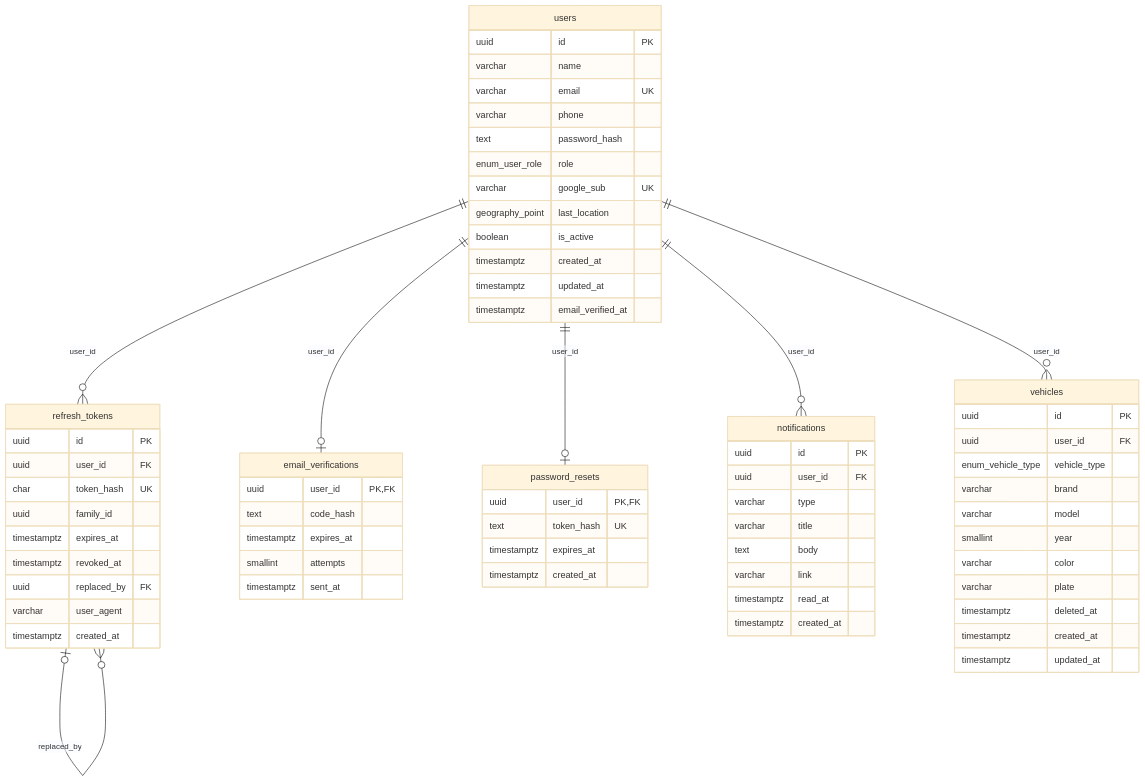
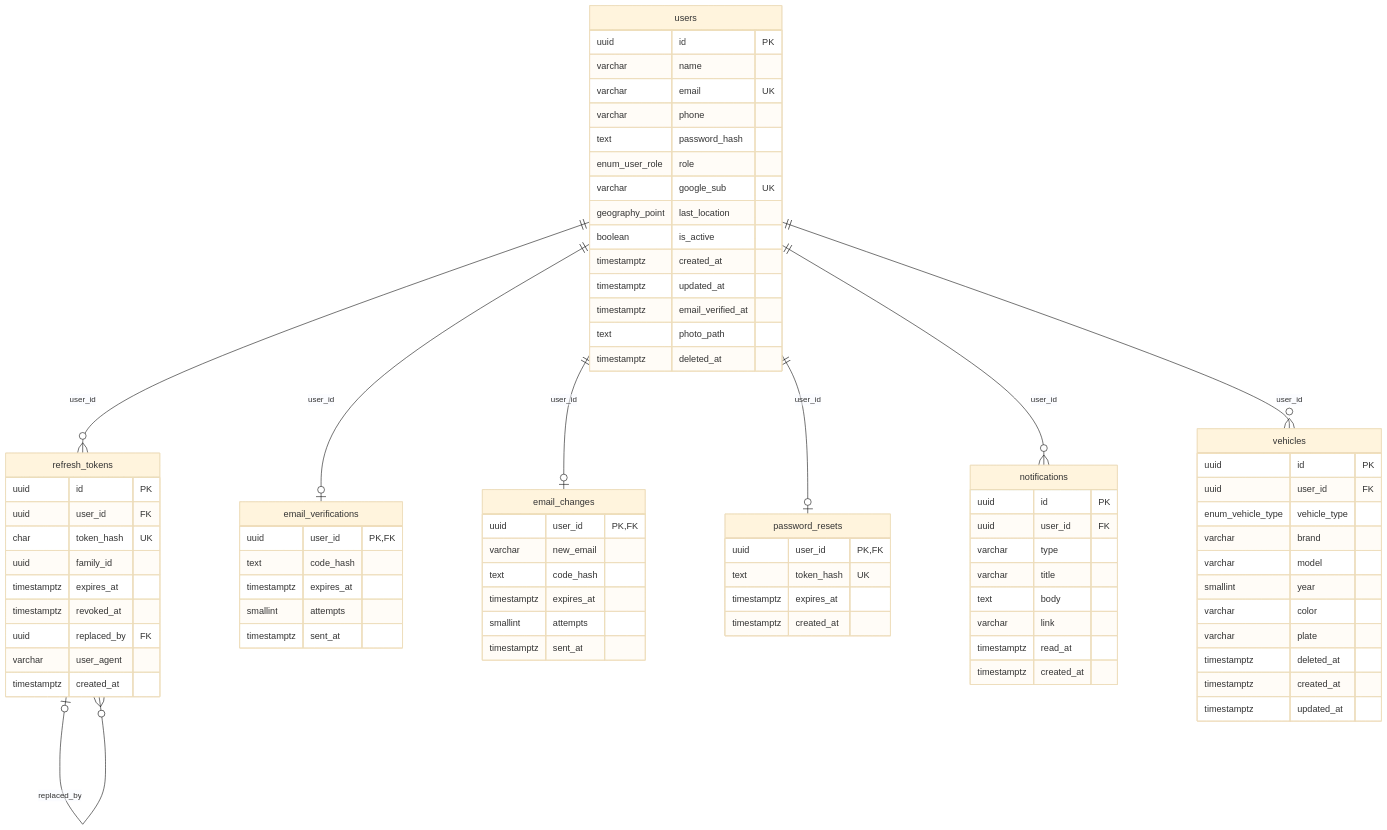
One commit to AldiRachmatdiantoo/bengkelgo changed the second of 6 diagrams in docs/erd.md. Above: the diagram before and after it, drawn with Mermaid (base theme). The commit also changed other lines of this file and 42 other files, not shown here.

Commit message:
Akun Saya: profile photo, details, change of email with a code, password, signed-in devices, account deletion

````diff
--- a/docs/erd.md
+++ b/docs/erd.md
@@ -48,70 +49,81 @@
 ```mermaid
 erDiagram
     users {
         uuid id PK
         varchar name
         varchar email UK
         varchar phone
         text password_hash
         enum_user_role role
         varchar google_sub UK
         geography_point last_location
         boolean is_active
         timestamptz created_at
         timestamptz updated_at
         timestamptz email_verified_at
+        text photo_path
+        timestamptz deleted_at
     }
     refresh_tokens {
         uuid id PK
         uuid user_id FK
         char token_hash UK
         uuid family_id
         timestamptz expires_at
         timestamptz revoked_at
         uuid replaced_by FK
         varchar user_agent
         timestamptz created_at
     }
     email_verifications {
         uuid user_id PK,FK
+        text code_hash
+        timestamptz expires_at
+        smallint attempts
+        timestamptz sent_at
+    }
+    email_changes {
+        uuid user_id PK,FK
+        varchar new_email
         text code_hash
         timestamptz expires_at
         smallint attempts
         timestamptz sent_at
     }
     password_resets {
         uuid user_id PK,FK
         text token_hash UK
         timestamptz expires_at
         timestamptz created_at
     }
     notifications {
         uuid id PK
         uuid user_id FK
         varchar type
         varchar title
         text body
         varchar link
         timestamptz read_at
         timestamptz created_at
     }
     vehicles {
         uuid id PK
         uuid user_id FK
         enum_vehicle_type vehicle_type
         varchar brand
         varchar model
         smallint year
         varchar color
         varchar plate
         timestamptz deleted_at
         timestamptz created_at
         timestamptz updated_at
     }
+    users ||--o| email_changes : "user_id"
     users ||--o| email_verifications : "user_id"
     users ||--o{ notifications : "user_id"
     users ||--o| password_resets : "user_id"
     refresh_tokens |o--o{ refresh_tokens : "replaced_by"
     users ||--o{ refresh_tokens : "user_id"
     users ||--o{ vehicles : "user_id"
 ```
````
